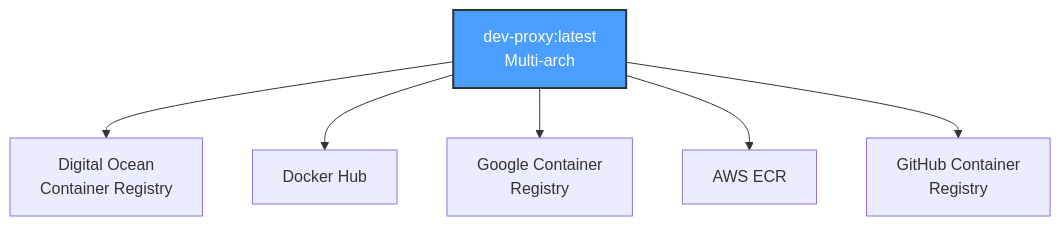
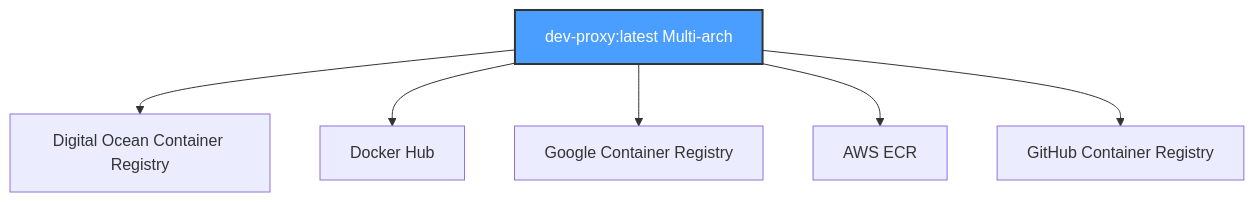
Before and after one commit to softwarewrighter/dev-proxy: the tenth of 16 diagrams in wiki/Build-Process.md, drawn with Mermaid. The commit also changed other lines of this file and 6 other files, not shown here.

First line of the commit message:
Fix wiki Mermaid diagrams: remove <br/> tags

````diff
--- a/wiki/Build-Process.md
+++ b/wiki/Build-Process.md
@@ -427,12 +427,12 @@
 ```mermaid
 graph TB
-    Image[dev-proxy:latest<br/>Multi-arch]
+    Image[dev-proxy:latest Multi-arch]
 
-    Image --> DO[Digital Ocean<br/>Container Registry]
+    Image --> DO[Digital Ocean Container Registry]
     Image --> DockerHub[Docker Hub]
-    Image --> GCR[Google Container<br/>Registry]
+    Image --> GCR[Google Container Registry]
     Image --> ECR[AWS ECR]
-    Image --> GHCR[GitHub Container<br/>Registry]
+    Image --> GHCR[GitHub Container Registry]
 
     style Image fill:#4a9eff,stroke:#333,stroke-width:2px,color:#fff
 ```
````
